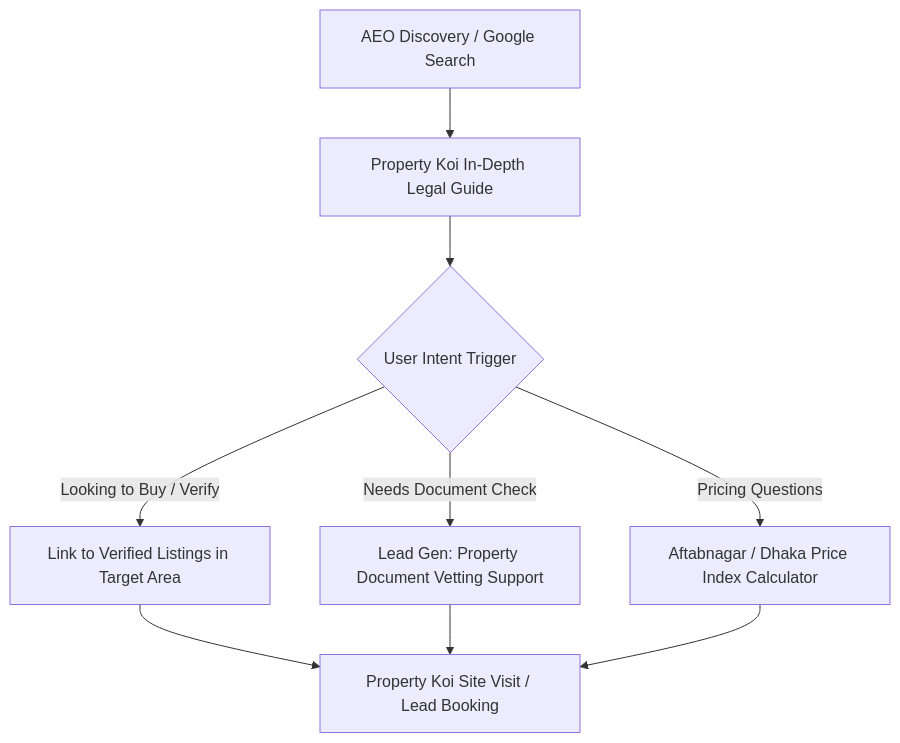
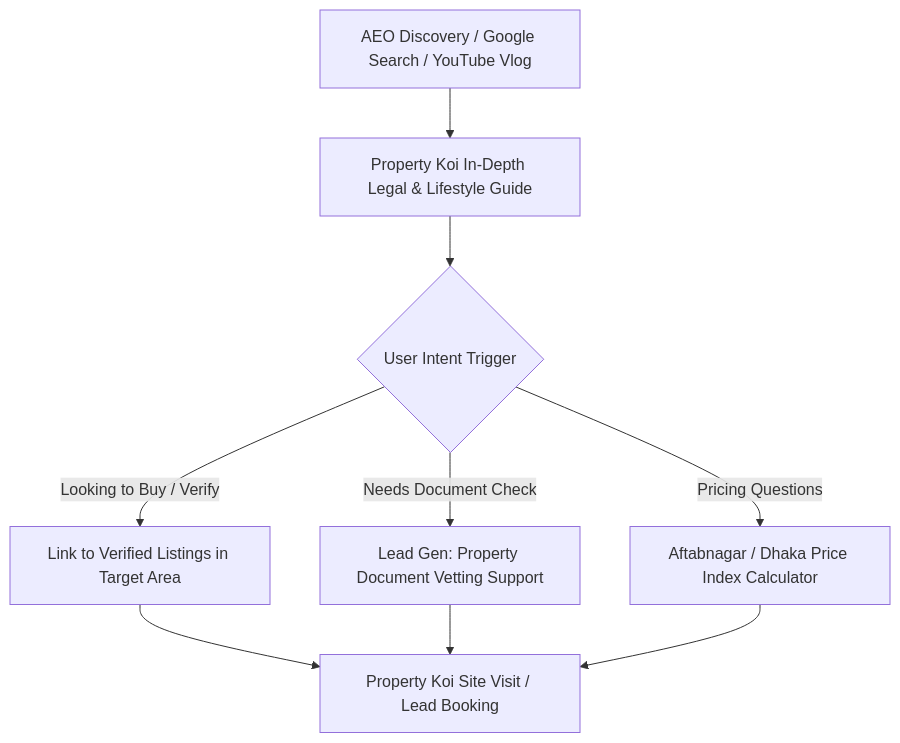
Before and after one commit to mithublue/Property-Koi-New: the diagram in content/SEO_AEO_CONTENT_CALENDAR_2026.md, drawn with Mermaid. The commit also changed other lines of this file and 41 other files, not shown here.

````diff
--- a/content/SEO_AEO_CONTENT_CALENDAR_2026.md
+++ b/content/SEO_AEO_CONTENT_CALENDAR_2026.md
@@ -39,11 +94,11 @@
 ```mermaid
 flowchart TD
-    A[AEO Discovery / Google Search] --> B[Property Koi In-Depth Legal Guide]
+    A[AEO Discovery / Google Search / YouTube Vlog] --> B[Property Koi In-Depth Legal & Lifestyle Guide]
     B --> C{User Intent Trigger}
     C -->|Looking to Buy / Verify| D[Link to Verified Listings in Target Area]
     C -->|Needs Document Check| E[Lead Gen: Property Document Vetting Support]
     C -->|Pricing Questions| F[Aftabnagar / Dhaka Price Index Calculator]
     D --> G[Property Koi Site Visit / Lead Booking]
     E --> G
     F --> G
 ```
````
